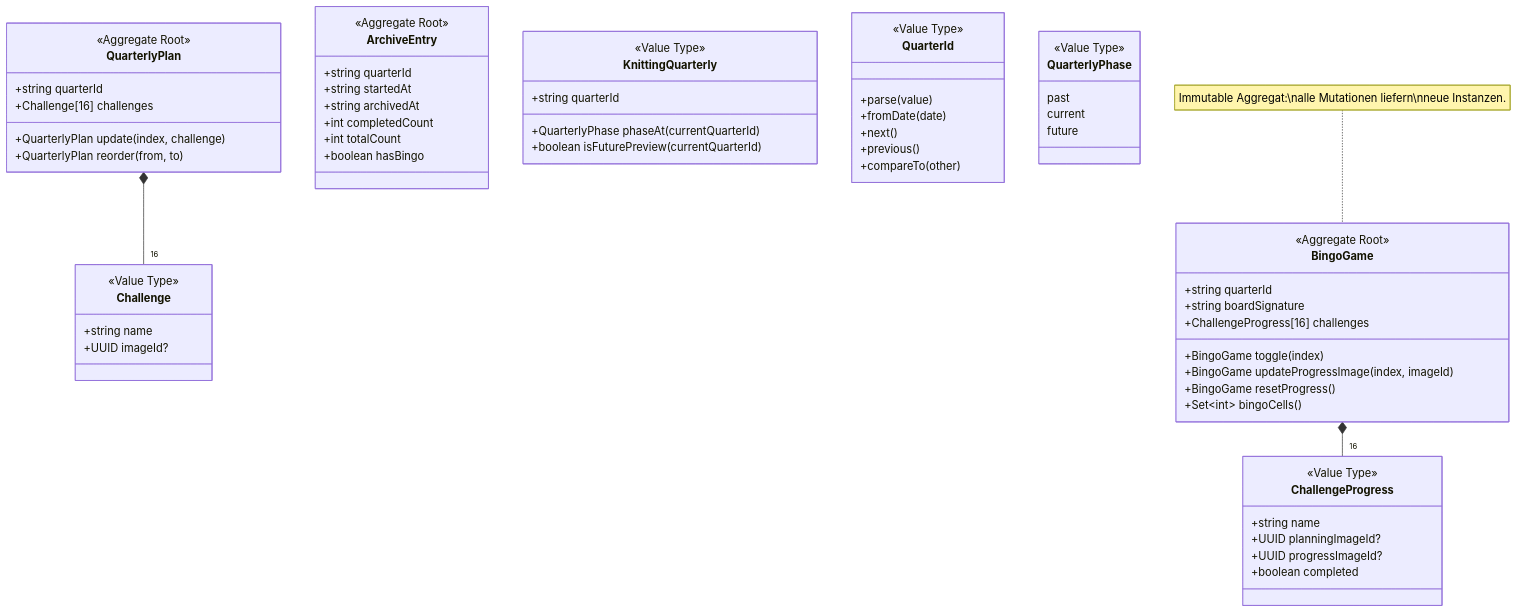
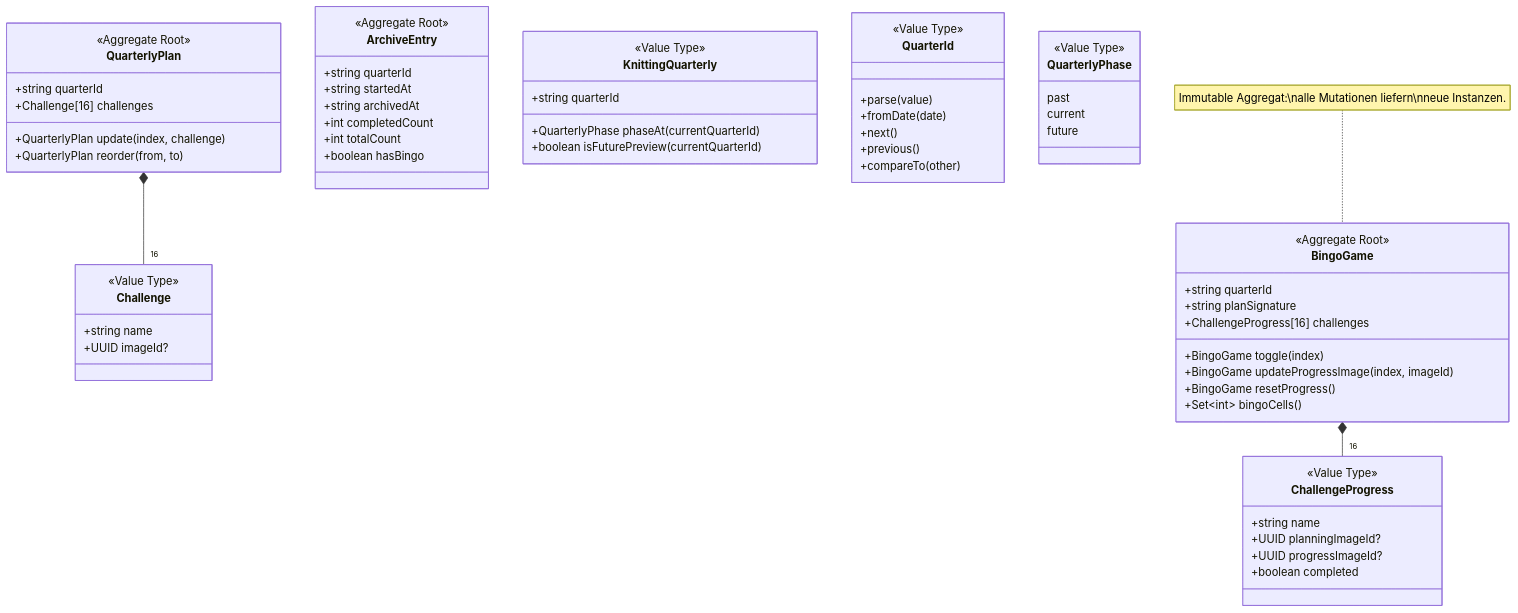
The second of 12 diagrams in docs/arc42.md (flingoflux/knitting-quarterly-bingo), drawn with Mermaid before and after one commit. The commit also changed other lines of this file and 23 other files, not shown here.

First line of the commit message:
feat: add quarterly plan feature with local storage repository, image handling, and editable board component

````diff
--- a/docs/arc42.md
+++ b/docs/arc42.md
@@ -104,73 +104,73 @@
 ```mermaid
 classDiagram
   class QuarterlyPlan {
     <<Aggregate Root>>
     +string quarterId
     +Challenge[16] challenges
     +QuarterlyPlan update(index, challenge)
     +QuarterlyPlan reorder(from, to)
   }
 
   class Challenge {
     <<Value Type>>
     +string name
     +UUID imageId?
   }
 
   class BingoGame {
     <<Aggregate Root>>
     +string quarterId
-    +string boardSignature
+    +string planSignature
     +ChallengeProgress[16] challenges
     +BingoGame toggle(index)
     +BingoGame updateProgressImage(index, imageId)
     +BingoGame resetProgress()
     +Set~int~ bingoCells()
   }
 
   class ChallengeProgress {
     <<Value Type>>
     +string name
     +UUID planningImageId?
     +UUID progressImageId?
     +boolean completed
   }
 
   class ArchiveEntry {
     <<Aggregate Root>>
     +string quarterId
     +string startedAt
     +string archivedAt
     +int completedCount
     +int totalCount
     +boolean hasBingo
   }
 
   class KnittingQuarterly {
     <<Value Type>>
     +string quarterId
     +QuarterlyPhase phaseAt(currentQuarterId)
     +boolean isFuturePreview(currentQuarterId)
   }
 
   class QuarterId {
     <<Value Type>>
     +parse(value)
     +fromDate(date)
     +next()
     +previous()
     +compareTo(other)
   }
 
   class QuarterlyPhase {
     <<Value Type>>
     past
     current
     future
   }
 
   QuarterlyPlan *-- "16" Challenge
   BingoGame *-- "16" ChallengeProgress
 
   note for BingoGame "Immutable Aggregat:\nalle Mutationen liefern\nneue Instanzen."
 ```
````
